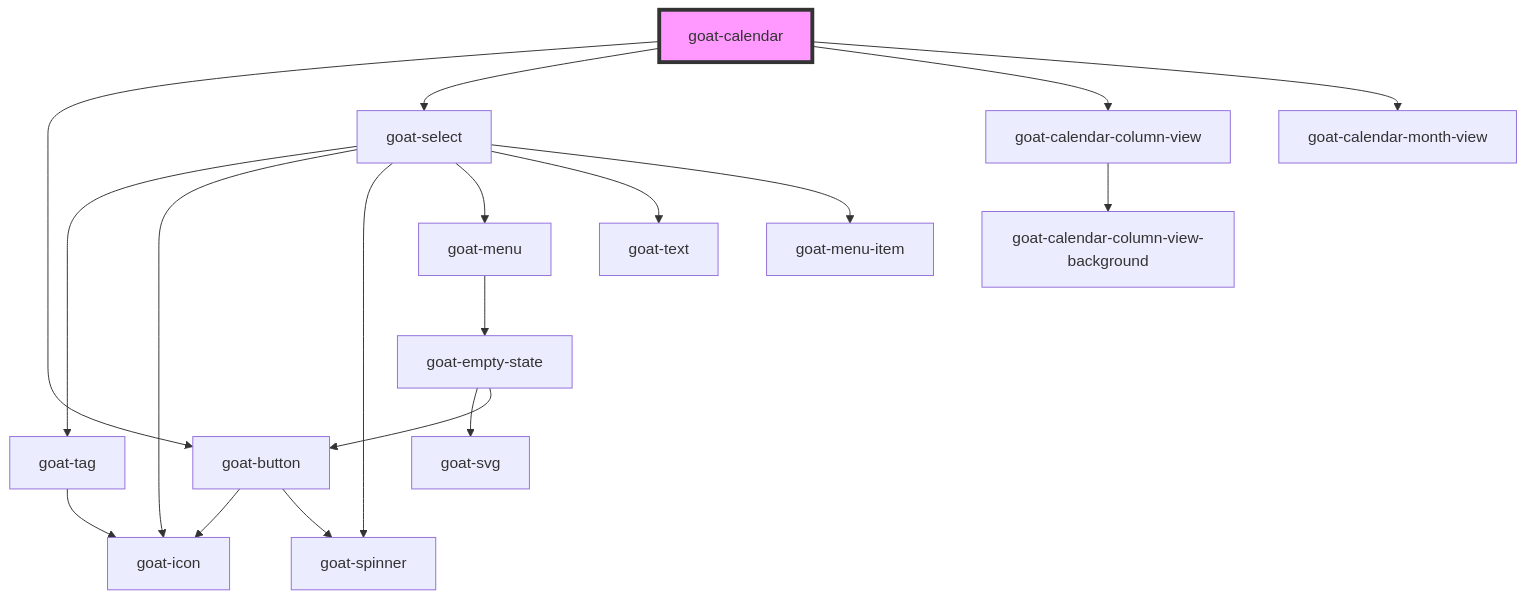
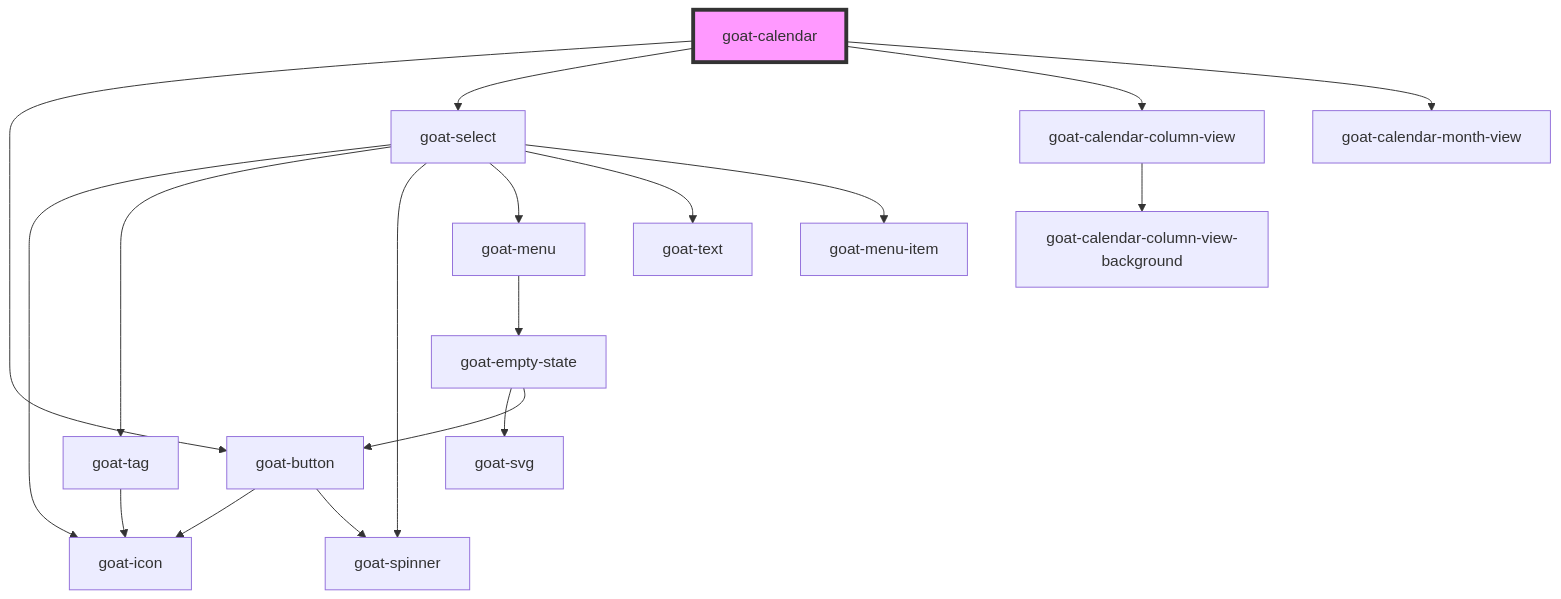
The diagram in src/components/data-display/calendar/calendar/readme.md (goatui/components), drawn with Mermaid before and after one commit. The commit also changed other lines of this file and 60 other files, not shown here.

````diff
--- a/src/components/data-display/calendar/calendar/readme.md
+++ b/src/components/data-display/calendar/calendar/readme.md
@@ -38,21 +38,21 @@
 ```mermaid
 graph TD;
   goat-calendar --> goat-button
   goat-calendar --> goat-select
   goat-calendar --> goat-calendar-column-view
   goat-calendar --> goat-calendar-month-view
   goat-button --> goat-icon
   goat-button --> goat-spinner
+  goat-select --> goat-icon
   goat-select --> goat-tag
-  goat-select --> goat-icon
   goat-select --> goat-spinner
   goat-select --> goat-menu
   goat-select --> goat-text
   goat-select --> goat-menu-item
   goat-tag --> goat-icon
   goat-menu --> goat-empty-state
   goat-empty-state --> goat-svg
   goat-empty-state --> goat-button
   goat-calendar-column-view --> goat-calendar-column-view-background
   style goat-calendar fill:#f9f,stroke:#333,stroke-width:4px
 ```
````
